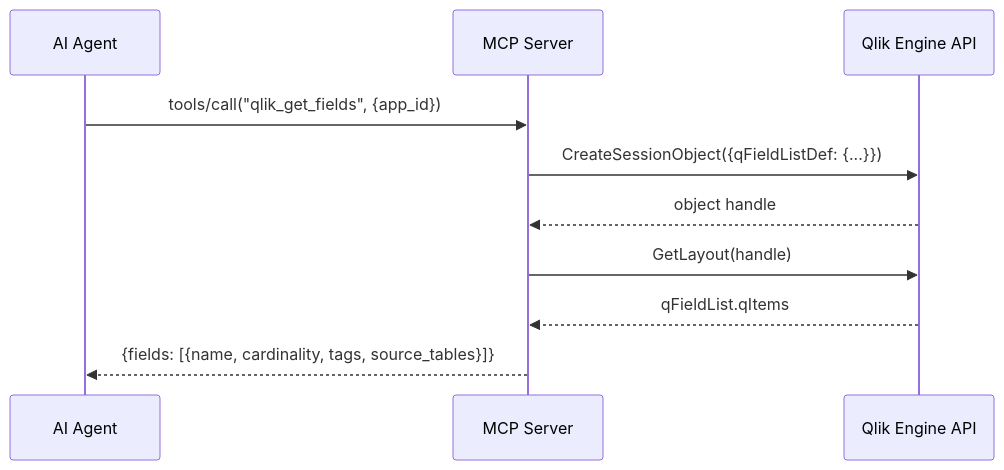
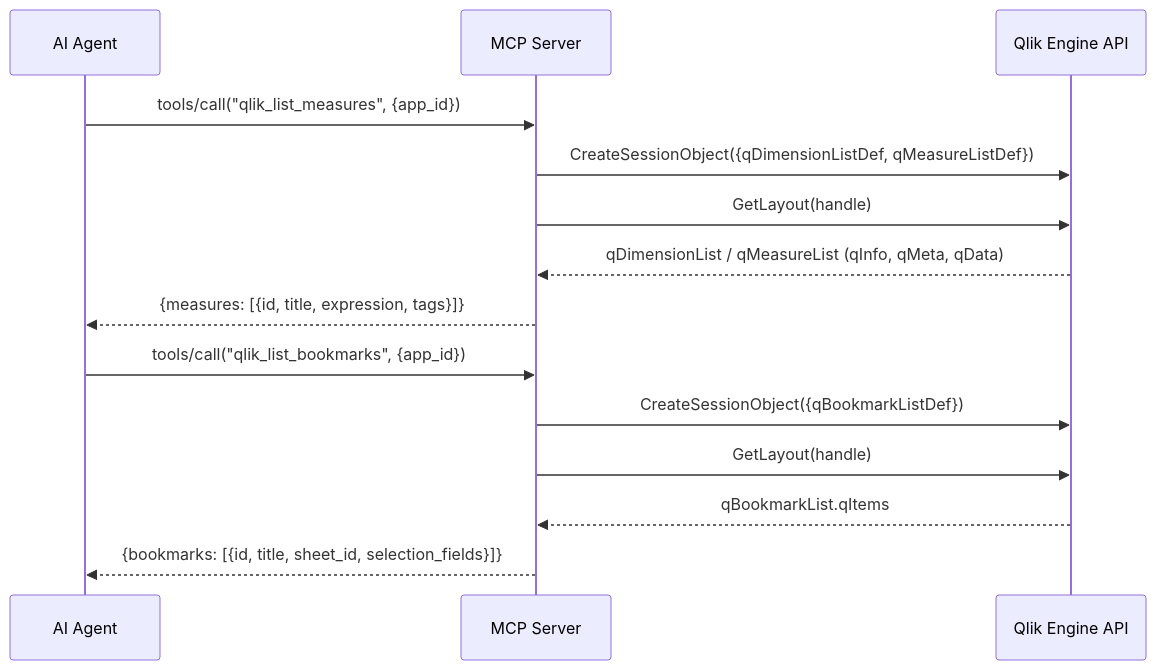
Before and after one commit to ssevera1/Qlik-Cloud-MCP-Server: the sixth of 10 diagrams in design/c4-diagrams/c3-component.md, drawn with Mermaid. The commit also changed other lines of this file and 32 other files, not shown here.

````diff
--- a/design/c4-diagrams/c3-component.md
+++ b/design/c4-diagrams/c3-component.md
@@ -84,13 +136,18 @@
 ```mermaid
 sequenceDiagram
     participant Agent as AI Agent
     participant MCP as MCP Server
     participant Engine as Qlik Engine API
 
-    Agent->>MCP: tools/call("qlik_get_fields", {app_id})
-    MCP->>Engine: CreateSessionObject({qFieldListDef: {...}})
-    Engine-->>MCP: object handle
+    Agent->>MCP: tools/call("qlik_list_measures", {app_id})
+    MCP->>Engine: CreateSessionObject({qDimensionListDef, qMeasureListDef})
     MCP->>Engine: GetLayout(handle)
-    Engine-->>MCP: qFieldList.qItems
-    MCP-->>Agent: {fields: [{name, cardinality, tags, source_tables}]}
+    Engine-->>MCP: qDimensionList / qMeasureList (qInfo, qMeta, qData)
+    MCP-->>Agent: {measures: [{id, title, expression, tags}]}
+
+    Agent->>MCP: tools/call("qlik_list_bookmarks", {app_id})
+    MCP->>Engine: CreateSessionObject({qBookmarkListDef})
+    MCP->>Engine: GetLayout(handle)
+    Engine-->>MCP: qBookmarkList.qItems
+    MCP-->>Agent: {bookmarks: [{id, title, sheet_id, selection_fields}]}
 ```
````
